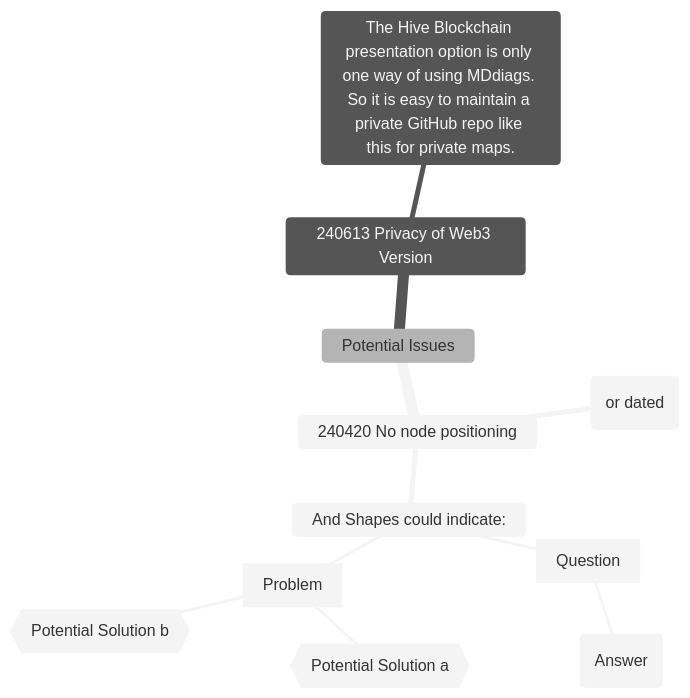
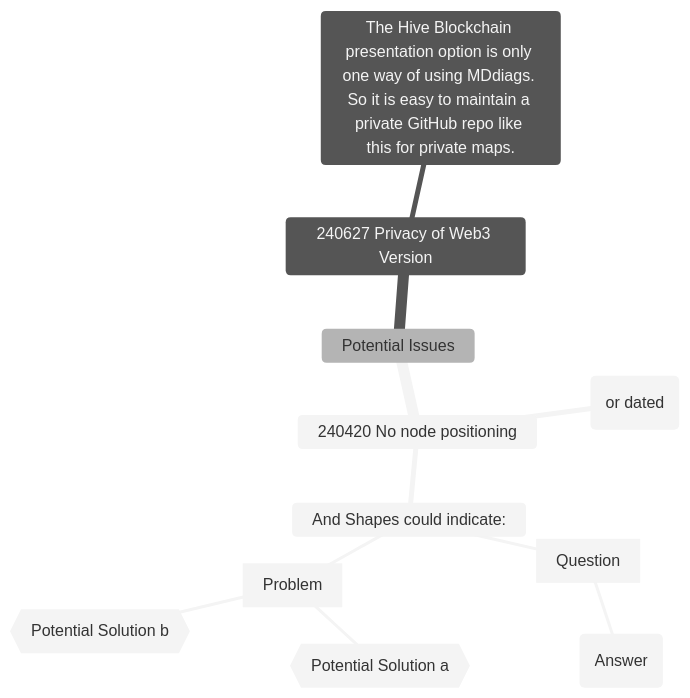
The diagram in mddiag-potential-issues.md (kct2020/mddiag), drawn with Mermaid (neutral theme) before and after one commit. The commit also changed 3 other files, not shown here.

````diff
--- a/mddiag-potential-issues.md
+++ b/mddiag-potential-issues.md
@@ -3,14 +3,14 @@
 ```mermaid
 mindmap
 Potential Issues
   240420 No node positioning
     But nodes could be numbered (or dated)
     And Shapes could indicate:
         [Question]
             (Answer)
         [Problem]
             {{Potential Solution a}}
             {{Potential Solution b}}
-  240613 Privacy of Web3 Version
+  240627 Privacy of Web3 Version
     The Hive Blockchain presentation option is only one way of using MDdiags. So it is easy to maintain a private GitHub repo like this for private maps.
 ```
````
